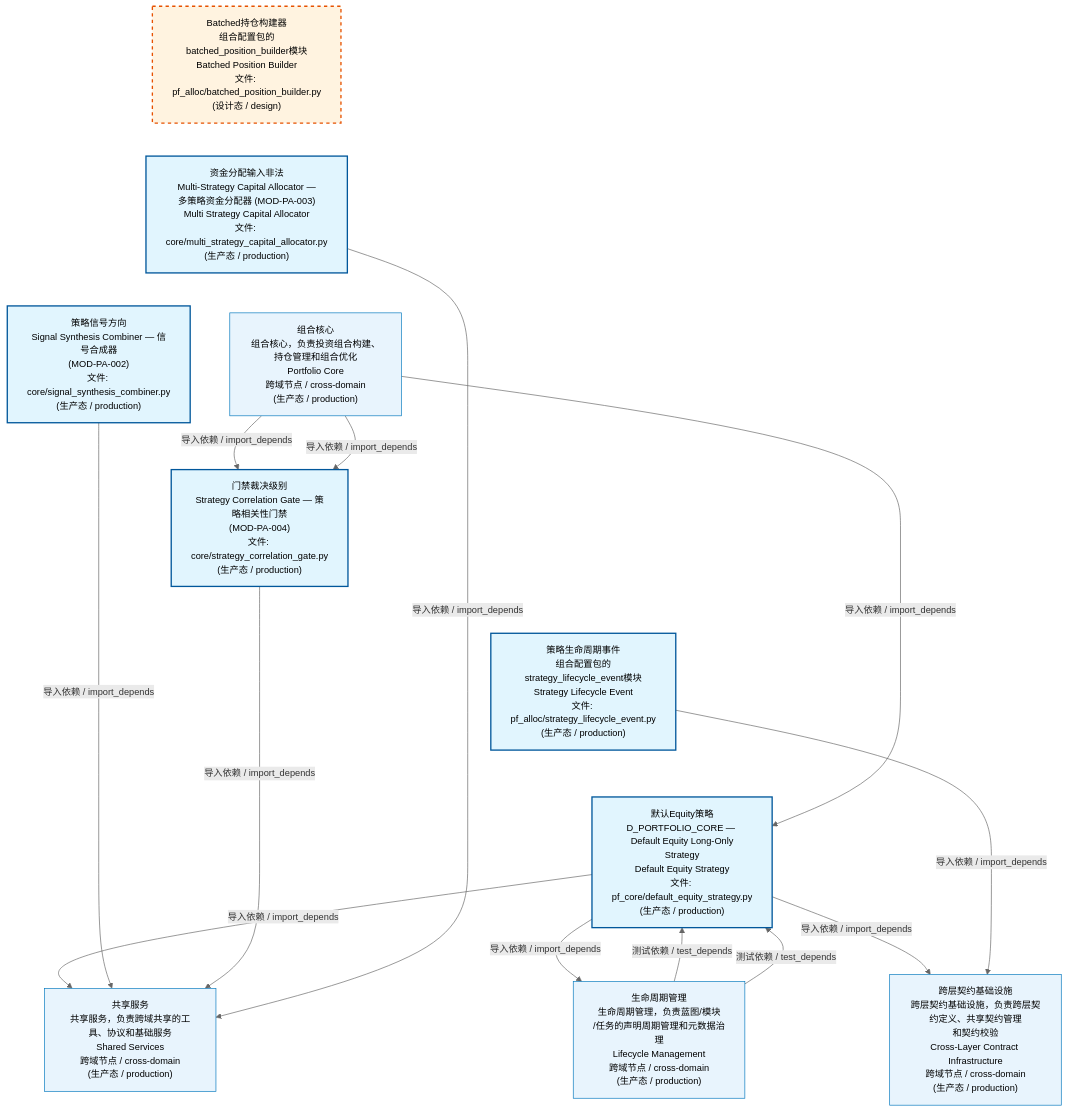
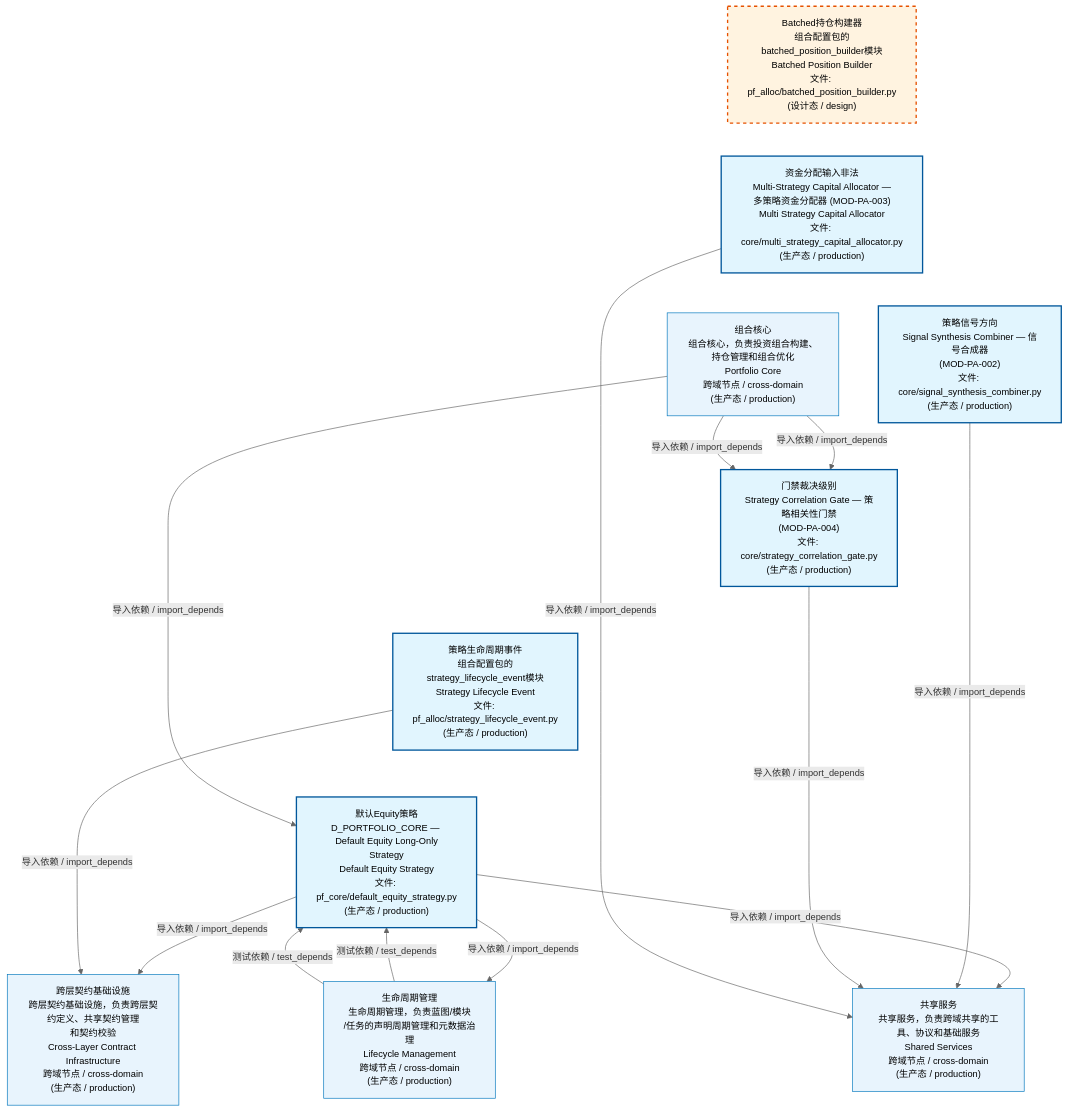
The first of 4 diagrams in docs/02_enterprise_architecture/02_domain_architecture_docs/62_d_pf_alloc.md (xuanFelixVan/ZephyrAlpha), drawn with Mermaid before and after one commit. The commit also changed 48 other files, not shown here.

````diff
--- a/docs/02_enterprise_architecture/02_domain_architecture_docs/62_d_pf_alloc.md
+++ b/docs/02_enterprise_architecture/02_domain_architecture_docs/62_d_pf_alloc.md
@@ -53,38 +53,38 @@
 ```mermaid
 %%{init: {'theme': 'base', 'themeVariables': {'primaryColor': '#eaeaea', 'primaryTextColor': '#333333', 'primaryBorderColor': '#666666', 'lineColor': '#666666', 'secondaryColor': '#eaeaea', 'tertiaryColor': '#eaeaea', 'fontSize': '14px'}}}%%
 flowchart TD
     src_zephyr_pf_alloc_batched_position_builder_py["Batched持仓构建器<br/>组合配置包的batched_position_builder模块<br/>Batched Position Builder<br/>文件: pf_alloc/batched_position_builder.py<br/>(设计态 / design)"]
     src_zephyr_pf_alloc_core_multi_strategy_capital_allocator_py["资金分配输入非法<br/>Multi-Strategy Capital Allocator —<br/>多策略资金分配器 (MOD-PA-003)<br/>Multi Strategy Capital Allocator<br/>文件: core/multi_strategy_capital_allocator.py<br/>(生产态 / production)"]
     src_zephyr_pf_alloc_core_signal_synthesis_combiner_py["策略信号方向<br/>Signal Synthesis Combiner — 信号合成器<br/>(MOD-PA-002)<br/>文件: core/signal_synthesis_combiner.py<br/>(生产态 / production)"]
     src_zephyr_pf_alloc_core_strategy_correlation_gate_py["门禁裁决级别<br/>Strategy Correlation Gate — 策略相关性门禁<br/>(MOD-PA-004)<br/>文件: core/strategy_correlation_gate.py<br/>(生产态 / production)"]
     src_zephyr_pf_alloc_strategy_lifecycle_event_py["策略生命周期事件<br/>组合配置包的strategy_lifecycle_event模块<br/>Strategy Lifecycle Event<br/>文件: pf_alloc/strategy_lifecycle_event.py<br/>(生产态 / production)"]
     src_zephyr_pf_core_default_equity_strategy_py["默认Equity策略<br/>D_PORTFOLIO_CORE — Default Equity Long-Only<br/>Strategy<br/>Default Equity Strategy<br/>文件: pf_core/default_equity_strategy.py<br/>(生产态 / production)"]
     src_zephyr_pf_alloc_batched_position_builder_py ~~~ src_zephyr_pf_alloc_core_multi_strategy_capital_allocator_py
     src_zephyr_pf_alloc_core_multi_strategy_capital_allocator_py ~~~ src_zephyr_pf_alloc_core_signal_synthesis_combiner_py
     src_zephyr_pf_alloc_core_signal_synthesis_combiner_py ~~~ src_zephyr_pf_alloc_core_strategy_correlation_gate_py
     src_zephyr_pf_alloc_core_strategy_correlation_gate_py ~~~ src_zephyr_pf_alloc_strategy_lifecycle_event_py
     src_zephyr_pf_alloc_strategy_lifecycle_event_py ~~~ src_zephyr_pf_core_default_equity_strategy_py
+    D_GOVERNANCE["生命周期管理<br/>生命周期管理，负责蓝图/模块<br/>/任务的声明周期管理和元数据治理<br/>Lifecycle Management<br/>跨域节点 / cross-domain<br/>(生产态 / production)"]
+    src_zephyr_pf_core_default_equity_strategy_py -->|导入依赖 / import_depends| D_GOVERNANCE
     D_SHARED["共享服务<br/>共享服务，负责跨域共享的工具、协议和基础服务<br/>Shared Services<br/>跨域节点 / cross-domain<br/>(生产态 / production)"]
     src_zephyr_pf_core_default_equity_strategy_py -->|导入依赖 / import_depends| D_SHARED
-    D_GOVERNANCE["生命周期管理<br/>生命周期管理，负责蓝图/模块<br/>/任务的声明周期管理和元数据治理<br/>Lifecycle Management<br/>跨域节点 / cross-domain<br/>(生产态 / production)"]
-    src_zephyr_pf_core_default_equity_strategy_py -->|导入依赖 / import_depends| D_GOVERNANCE
     src_zephyr_pf_alloc_core_signal_synthesis_combiner_py -->|导入依赖 / import_depends| D_SHARED
     src_zephyr_pf_alloc_core_strategy_correlation_gate_py -->|导入依赖 / import_depends| D_SHARED
     src_zephyr_pf_alloc_core_multi_strategy_capital_allocator_py -->|导入依赖 / import_depends| D_SHARED
     D_INFRASTRUCTURE["跨层契约基础设施<br/>跨层契约基础设施，负责跨层契约定义、共享契约管理<br/>和契约校验<br/>Cross-Layer Contract Infrastructure<br/>跨域节点 / cross-domain<br/>(生产态 / production)"]
     src_zephyr_pf_core_default_equity_strategy_py -->|导入依赖 / import_depends| D_INFRASTRUCTURE
     src_zephyr_pf_alloc_strategy_lifecycle_event_py -->|导入依赖 / import_depends| D_INFRASTRUCTURE
     D_PF_CORE["组合核心<br/>组合核心，负责投资组合构建、持仓管理和组合优化<br/>Portfolio Core<br/>跨域节点 / cross-domain<br/>(生产态 / production)"]
     D_PF_CORE -->|导入依赖 / import_depends| src_zephyr_pf_alloc_core_strategy_correlation_gate_py
     D_GOVERNANCE -->|测试依赖 / test_depends| src_zephyr_pf_core_default_equity_strategy_py
     D_GOVERNANCE -->|测试依赖 / test_depends| src_zephyr_pf_core_default_equity_strategy_py
     D_PF_CORE -->|导入依赖 / import_depends| src_zephyr_pf_alloc_core_strategy_correlation_gate_py
     D_PF_CORE -->|导入依赖 / import_depends| src_zephyr_pf_core_default_equity_strategy_py
     classDef production fill:#e1f5fe,stroke:#01579b,stroke-width:2px,color:#000
     classDef design fill:#fff3e0,stroke:#e65100,stroke-width:2px,color:#000,stroke-dasharray: 5 5
     classDef external_prod fill:#e8f4fd,stroke:#0277bd,stroke-width:1px,color:#000
     classDef external_design fill:#fff8e7,stroke:#ef6c00,stroke-width:1px,color:#000,stroke-dasharray: 5 5
     class src_zephyr_pf_alloc_core_multi_strategy_capital_allocator_py,src_zephyr_pf_alloc_core_signal_synthesis_combiner_py,src_zephyr_pf_alloc_core_strategy_correlation_gate_py,src_zephyr_pf_alloc_strategy_lifecycle_event_py,src_zephyr_pf_core_default_equity_strategy_py production
     class src_zephyr_pf_alloc_batched_position_builder_py design
-    class D_SHARED,D_GOVERNANCE,D_INFRASTRUCTURE,D_PF_CORE external_prod
+    class D_GOVERNANCE,D_SHARED,D_INFRASTRUCTURE,D_PF_CORE external_prod
 ```
````
